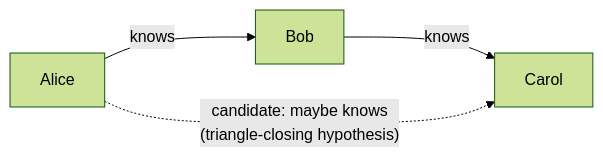
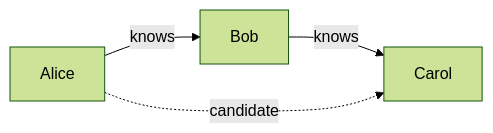
Before and after one commit to romancobblepot/AI-system-design-primer: the third of 6 diagrams in case-studies/pymk-friend-recommendation/README.md, drawn with Mermaid (forest theme). The commit also changed other lines of this file and 49 other files, not shown here.

````diff
--- a/case-studies/pymk-friend-recommendation/README.md
+++ b/case-studies/pymk-friend-recommendation/README.md
@@ -119,6 +151,6 @@
 ```mermaid
 flowchart LR
     Alice -->|"knows"| Bob
     Bob -->|"knows"| Carol
-    Alice -.->|"candidate: maybe knows\n(triangle-closing hypothesis)"| Carol
+    Alice -.->|"candidate"| Carol
 ```
````
